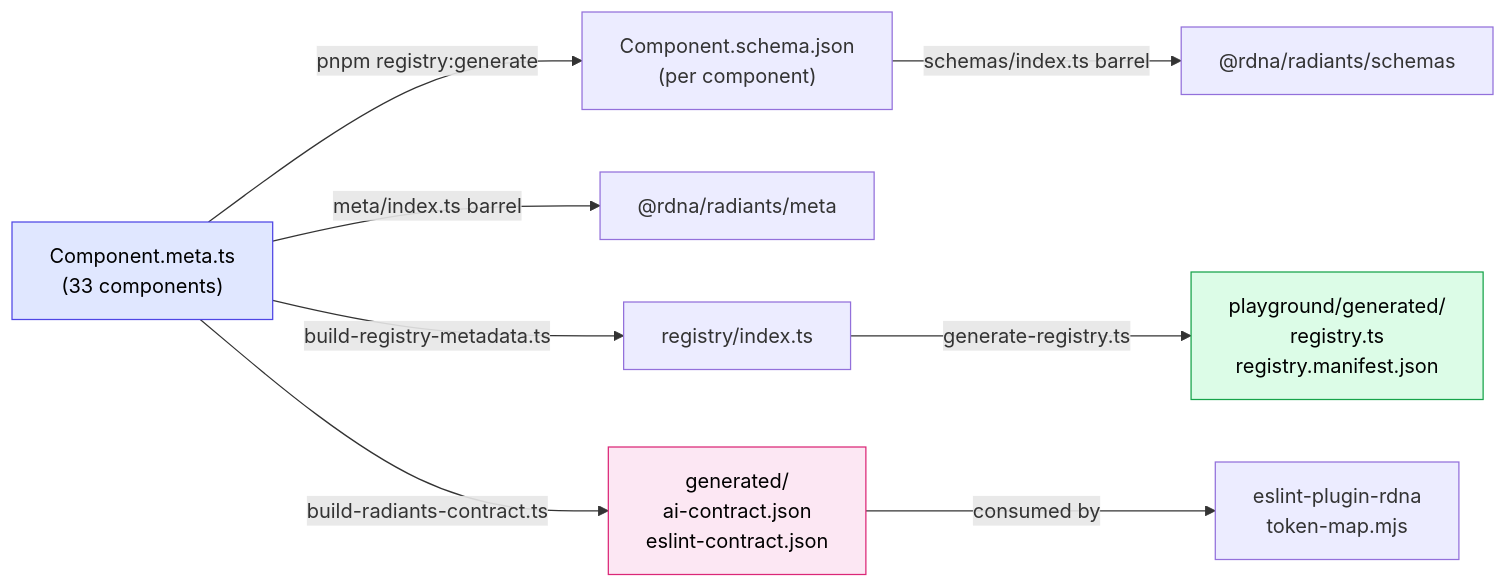
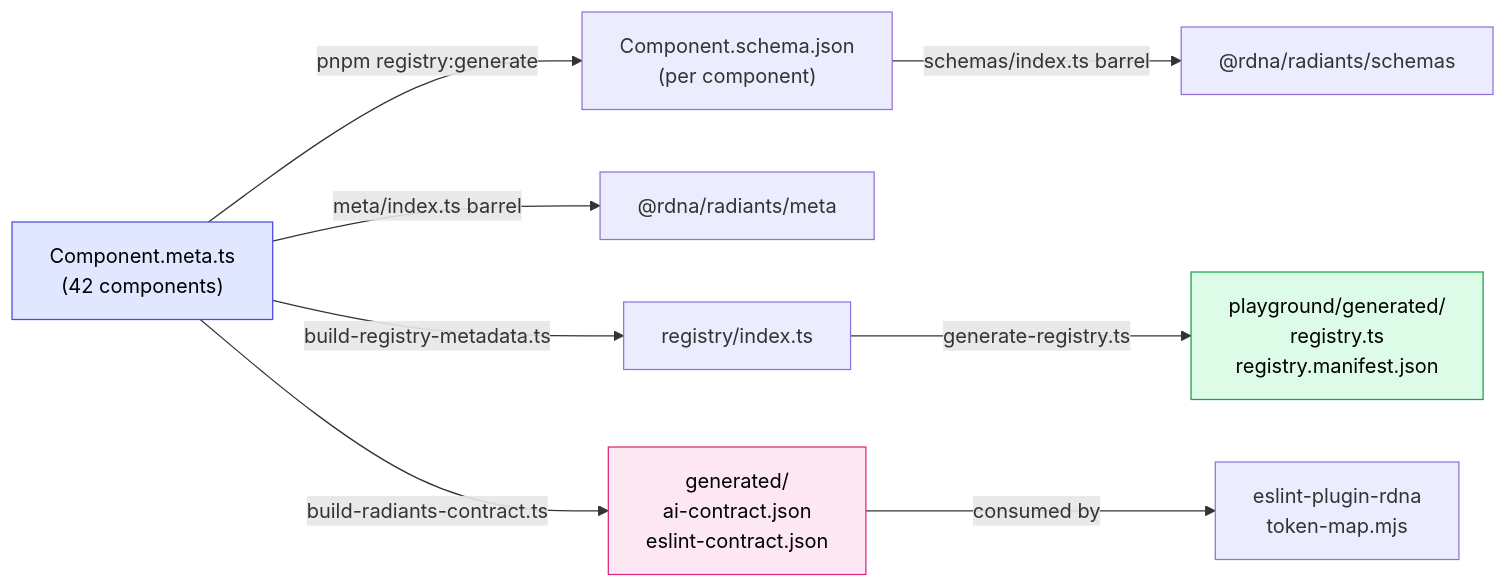
One commit to Radiants-DAO/DNA changed the sixth of 11 diagrams in docs/CODEMAP.md. Above: the diagram before and after it, drawn with Mermaid. The commit also changed other lines of this file and 38 other files, not shown here.

````diff
--- a/docs/CODEMAP.md
+++ b/docs/CODEMAP.md
@@ -395,14 +394,14 @@
 ```mermaid
 graph LR
-    A["Component.meta.ts<br/>(33 components)"] -->|"pnpm registry:generate"| B["Component.schema.json<br/>(per component)"]
+    A["Component.meta.ts<br/>(42 components)"] -->|"pnpm registry:generate"| B["Component.schema.json<br/>(per component)"]
     A -->|"meta/index.ts barrel"| C["@rdna/radiants/meta"]
     B -->|"schemas/index.ts barrel"| D["@rdna/radiants/schemas"]
     A -->|"build-registry-metadata.ts"| E["registry/index.ts"]
     E -->|"generate-registry.ts"| F["playground/generated/<br/>registry.ts<br/>registry.manifest.json"]
     A -->|"build-radiants-contract.ts"| G["generated/<br/>ai-contract.json<br/>eslint-contract.json"]
     G -->|"consumed by"| H["eslint-plugin-rdna<br/>token-map.mjs"]
 
     style A fill:#e0e7ff,stroke:#4f46e5,color:#000
     style F fill:#dcfce7,stroke:#16a34a,color:#000
     style G fill:#fce7f3,stroke:#db2777,color:#000
 ```
````
